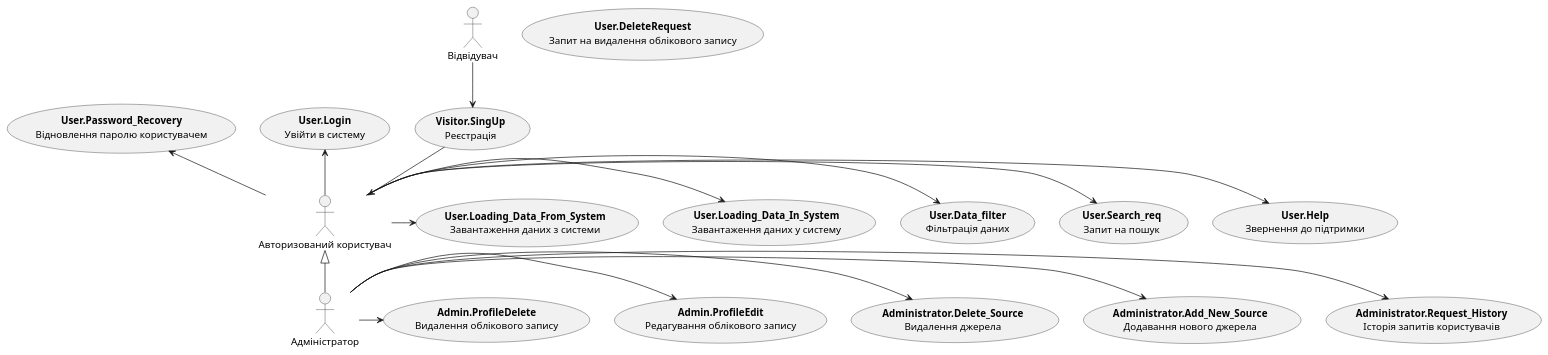
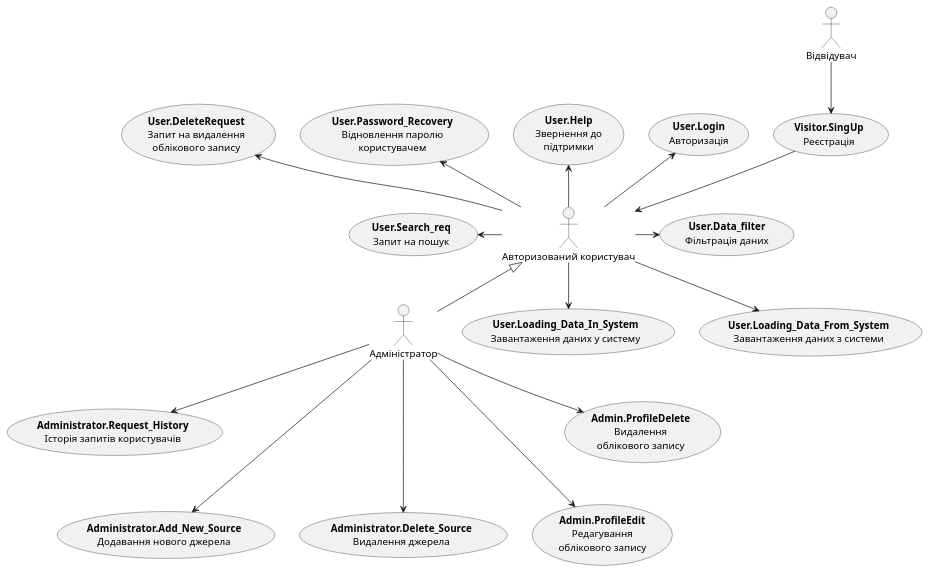
One commit to nonGratis/retarder-io-23-3 changed the first of 11 diagrams in docs/use cases/README.md. Above: the diagram before and after it, drawn with PlantUML. The commit also changed other lines of this file, not shown here.

Commit message:
change the appearance of the general UML

````diff
--- a/docs/use cases/README.md
+++ b/docs/use cases/README.md
@@ -5,48 +5,47 @@
 ```plantuml
 @startuml
 
 actor "Відвідувач" as Visitor
 actor "Авторизований користувач" as User
 actor "Адміністратор" as Admin
 
 usecase "<b>Visitor.SingUp</b>\nРеєстрація" as Visitor.SingUp
 
-usecase "<b>User.Login</b>\nУвійти в систему" as User.Login
-usecase "<b>User.Help</b>\nЗвернення до підтримки" as User.Help
-usecase "<b>User.Password_Recovery</b>\nВідновлення паролю користувачем" as User.Password_Recovery
-usecase "<b>User.DeleteRequest</b>\nЗапит на видалення облікового запису" as User.DeleteRequest
+usecase "<b>User.Login</b>\nАвторизація" as User.Login
+usecase "<b>User.Help</b>\nЗвернення до\nпідтримки" as User.Help
+usecase "<b>User.Password_Recovery</b>\nВідновлення паролю\nкористувачем" as User.Password_Recovery
+usecase "<b>User.DeleteRequest</b>\nЗапит на видалення\nоблікового запису" as User.DeleteRequest
 usecase "<b>User.Search_req</b>\nЗапит на пошук" as User.Search_req
 usecase "<b>User.Data_filter</b>\nФільтрація даних" as User.Data_filter
 usecase "<b>User.Loading_Data_In_System</b>\nЗавантаження даних у систему" as User.Loading_Data_In_System
 usecase "<b>User.Loading_Data_From_System</b>\nЗавантаження даних з системи" as User.Loading_Data_From_System
 
 usecase "<b>Administrator.Request_History</b>\nІсторія запитів користувачів" as Administrator.Request_History
 usecase "<b>Administrator.Add_New_Source</b>\nДодавання нового джерела" as Administrator.Add_New_Source
 usecase "<b>Administrator.Delete_Source</b>\nВидалення джерела" as Administrator.Delete_Source
-usecase "<b>Admin.ProfileEdit</b>\nРедагування облікового запису" as Admin.ProfileEdit
-usecase "<b>Admin.ProfileDelete</b>\nВидалення облікового запису" as Admin.ProfileDelete
-
+usecase "<b>Admin.ProfileEdit</b>\nРедагування\nоблікового запису" as Admin.ProfileEdit
+usecase "<b>Admin.ProfileDelete</b>\nВидалення\nоблікового запису" as Admin.ProfileDelete
 
 Admin -u-|> User
 
 Visitor -d-> Visitor.SingUp
 
 Visitor.SingUp -d-> User
 
 User -u-> User.Login
+User -u-> User.Help
+User -u-> User.Password_Recovery
+User -u-> User.DeleteRequest
+User -l-> User.Search_req
+User -r-> User.Data_filter
+User -d-> User.Loading_Data_In_System
+User --> User.Loading_Data_From_System
 
-User -r-> User.Help
-User -u-> User.Password_Recovery
-User -r-> User.Search_req
-User -r-> User.Data_filter
-User -r-> User.Loading_Data_In_System
-User -r-> User.Loading_Data_From_System
-
-Admin -r-> Administrator.Request_History
-Admin -r-> Administrator.Add_New_Source
-Admin -r-> Administrator.Delete_Source
-Admin -r-> Admin.ProfileEdit
-Admin -r-> Admin.ProfileDelete
+Admin --> Administrator.Request_History
+Admin ---> Administrator.Add_New_Source
+Admin ---> Administrator.Delete_Source
+Admin ---> Admin.ProfileEdit
+Admin -d-> Admin.ProfileDelete
 
 @enduml
 ```
````
